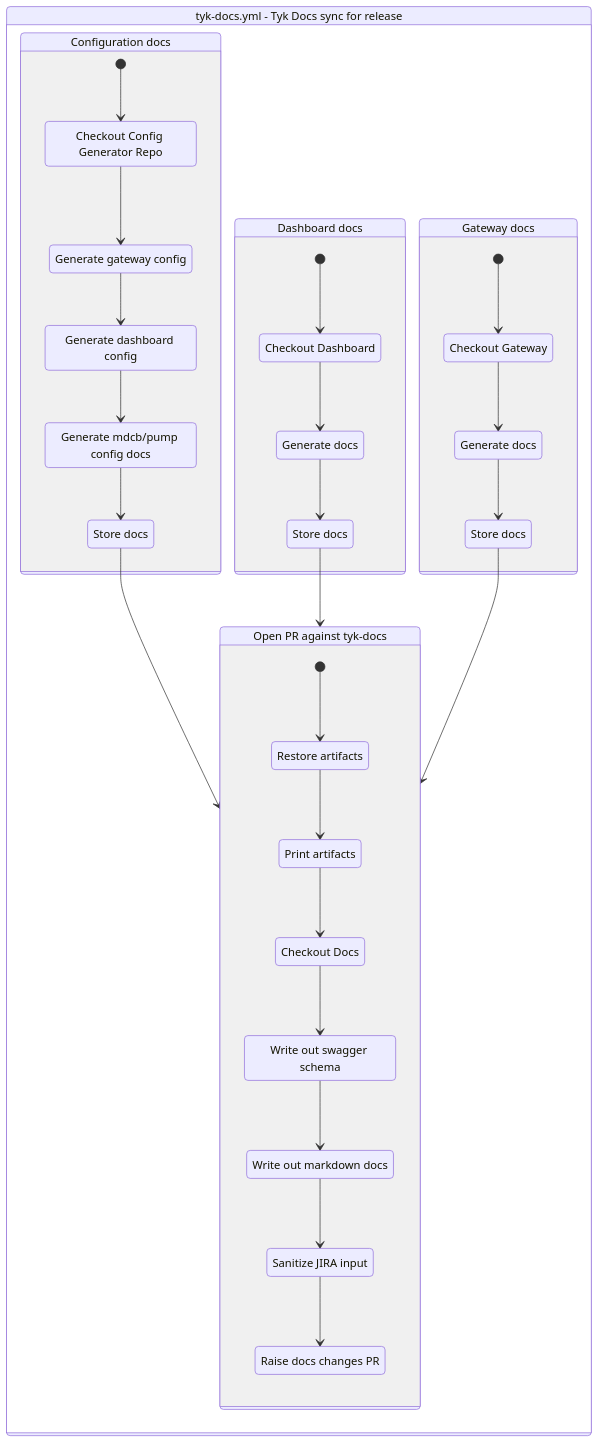
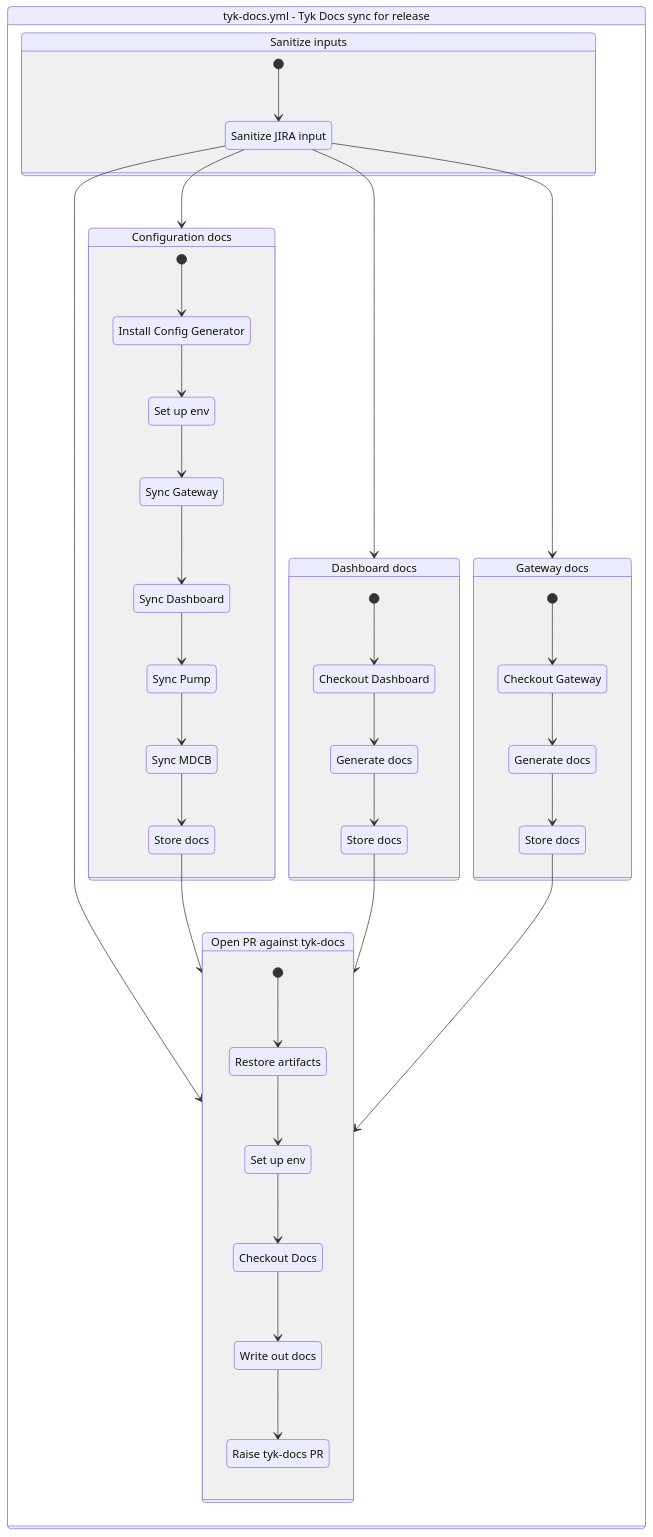
Before and after one commit to TykTechnologies/exp: the diagram in cmd/github-actions-viz/example/tyk-docs.yml.mermaid, drawn with Mermaid. The commit also changed 6 other files, not shown here.

```diff
--- a/cmd/github-actions-viz/example/tyk-docs.yml.mermaid
+++ b/cmd/github-actions-viz/example/tyk-docs.yml.mermaid
@@ -1,58 +1,68 @@
 stateDiagram-v2
     workflow : tyk-docs.yml - Tyk Docs sync for release
     state workflow {
+        sanitize: Sanitize inputs
+        state sanitize {
+            [*] --> step0sanitize
+            step0sanitize : Sanitize JIRA input
+            step0sanitize --> configs
+            step0sanitize --> dashboard
+            step0sanitize --> finish
+            step0sanitize --> gateway
+        }
+
         configs: Configuration docs
         state configs {
             [*] --> step0configs
-            step0configs : Checkout Config Generator Repo
+            step0configs : Install Config Generator
             step0configs --> step1configs
-            step1configs : Generate gateway config
+            step1configs : Set up env
             step1configs --> step2configs
-            step2configs : Generate dashboard config
+            step2configs : Sync Gateway
             step2configs --> step3configs
-            step3configs : Generate mdcb/pump config docs
+            step3configs : Sync Dashboard
             step3configs --> step4configs
-            step4configs : Store docs
-            step4configs --> finish
+            step4configs : Sync Pump
+            step4configs --> step5configs
+            step5configs : Sync MDCB
+            step5configs --> step6configs
+            step6configs : Store docs
+            step6configs --> finish
         }
 
         dashboard: Dashboard docs
         state dashboard {
             [*] --> step0dashboard
             step0dashboard : Checkout Dashboard
             step0dashboard --> step1dashboard
             step1dashboard : Generate docs
             step1dashboard --> step2dashboard
             step2dashboard : Store docs
             step2dashboard --> finish
         }
 
         gateway: Gateway docs
         state gateway {
             [*] --> step0gateway
             step0gateway : Checkout Gateway
             step0gateway --> step1gateway
             step1gateway : Generate docs
             step1gateway --> step2gateway
             step2gateway : Store docs
             step2gateway --> finish
         }
 
         finish: Open PR against tyk-docs
         state finish {
             [*] --> step0finish
             step0finish : Restore artifacts
             step0finish --> step1finish
-            step1finish : Print artifacts
+            step1finish : Set up env
             step1finish --> step2finish
             step2finish : Checkout Docs
             step2finish --> step3finish
-            step3finish : Write out swagger schema
+            step3finish : Write out docs
             step3finish --> step4finish
-            step4finish : Write out markdown docs
-            step4finish --> step5finish
-            step5finish : Sanitize JIRA input
-            step5finish --> step6finish
-            step6finish : Raise docs changes PR
+            step4finish : Raise tyk-docs PR
         }
     }
```
